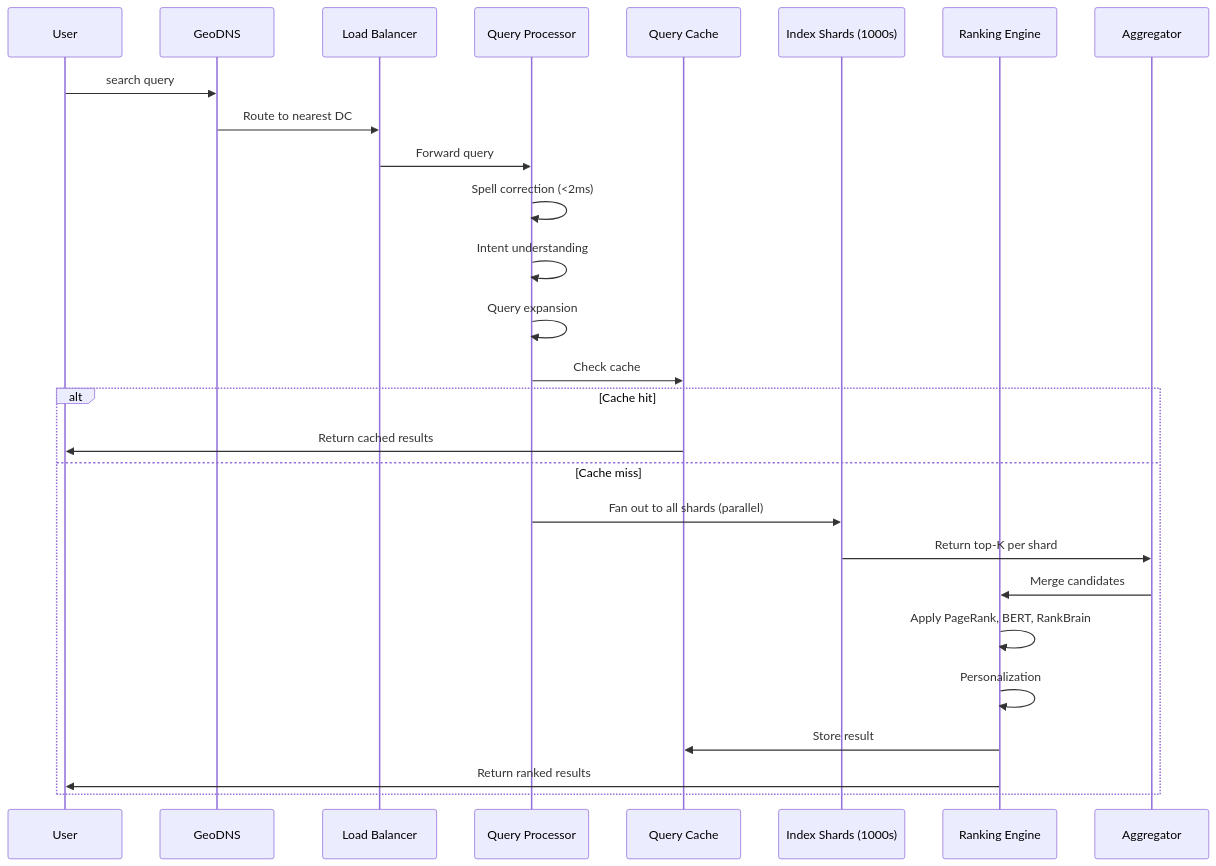
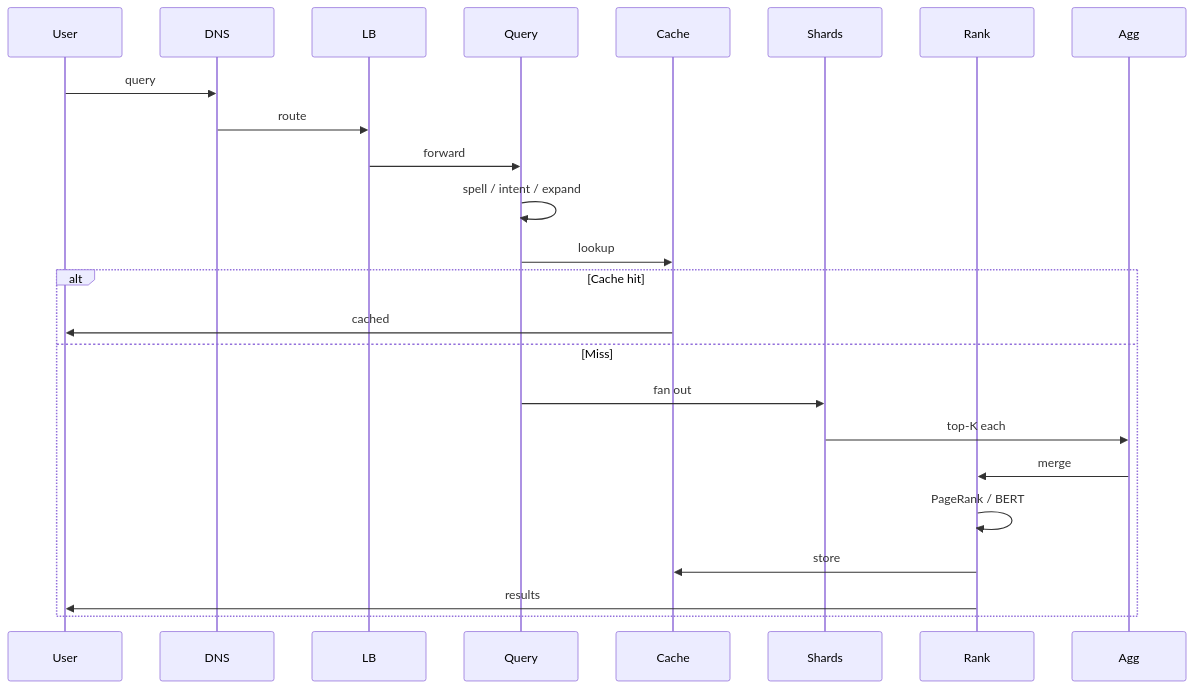
Before and after one commit to sujeet-pro/sujeet.pro: the diagram in content/articles/design-google-search/diagrams/diagram-4.mermaid, drawn with Mermaid. The commit also changed 1534 other files, not shown here.

```diff
--- a/content/articles/design-google-search/diagrams/diagram-4.mermaid
+++ b/content/articles/design-google-search/diagrams/diagram-4.mermaid
@@ -1,33 +1,30 @@
 %% Diagram: Diagram 4
 %% Type: sequence
 %%{init: {'htmlLabels': false}}%%
 sequenceDiagram
     participant U as User
-    participant DNS as GeoDNS
-    participant LB as Load Balancer
-    participant QP as Query Processor
-    participant CACHE as Query Cache
-    participant SHARDS as Index Shards (1000s)
-    participant RANK as Ranking Engine
-    participant AGG as Aggregator
+    participant DNS
+    participant LB
+    participant QP as Query
+    participant C as Cache
+    participant S as Shards
+    participant R as Rank
+    participant A as Agg
 
-    U->>DNS: search query
-    DNS->>LB: Route to nearest DC
-    LB->>QP: Forward query
+    U->>DNS: query
+    DNS->>LB: route
+    LB->>QP: forward
 
-    QP->>QP: Spell correction (<2ms)
-    QP->>QP: Intent understanding
-    QP->>QP: Query expansion
+    QP->>QP: spell / intent / expand
 
-    QP->>CACHE: Check cache
+    QP->>C: lookup
     alt Cache hit
-        CACHE->>U: Return cached results
-    else Cache miss
-        QP->>SHARDS: Fan out to all shards (parallel)
-        SHARDS->>AGG: Return top-K per shard
-        AGG->>RANK: Merge candidates
-        RANK->>RANK: Apply PageRank, BERT, RankBrain
-        RANK->>RANK: Personalization
-        RANK->>CACHE: Store result
-        RANK->>U: Return ranked results
+        C->>U: cached
+    else Miss
+        QP->>S: fan out
+        S->>A: top-K each
+        A->>R: merge
+        R->>R: PageRank / BERT
+        R->>C: store
+        R->>U: results
     end
```
